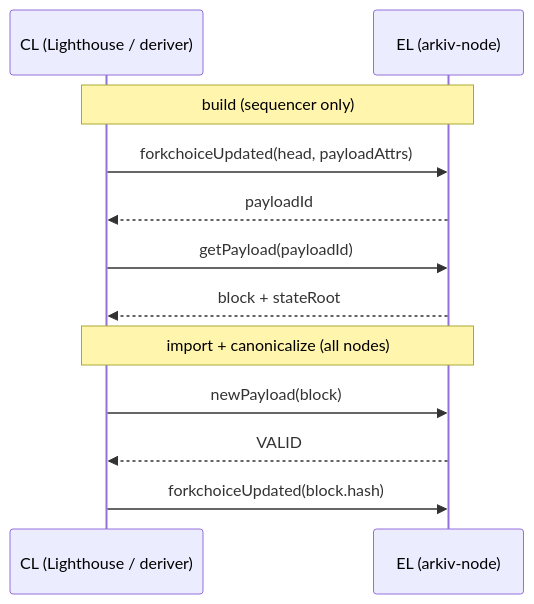
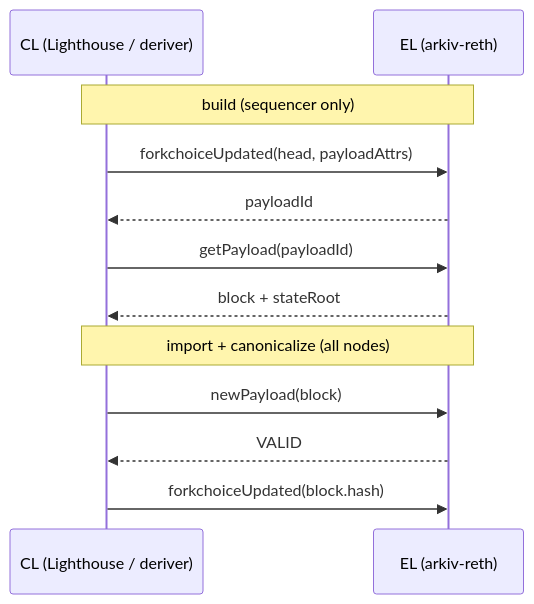
One commit to Arkiv-Network/arkiv changed the second of 7 diagrams in docs/september-action-plan.md. Above: the diagram before and after it, drawn with Mermaid. The commit also changed other lines of this file, not shown here.

Commit message:
docs: rename arkiv-node to arkiv-reth in the September action plan (#54)

````diff
--- a/docs/september-action-plan.md
+++ b/docs/september-action-plan.md
@@ -84,14 +84,14 @@
 ```mermaid
 sequenceDiagram
   participant CL as CL (Lighthouse / deriver)
-  participant EL as EL (arkiv-node)
+  participant EL as EL (arkiv-reth)
   Note over CL,EL: build (sequencer only)
   CL->>EL: forkchoiceUpdated(head, payloadAttrs)
   EL-->>CL: payloadId
   CL->>EL: getPayload(payloadId)
   EL-->>CL: block + stateRoot
   Note over CL,EL: import + canonicalize (all nodes)
   CL->>EL: newPayload(block)
   EL-->>CL: VALID
   CL->>EL: forkchoiceUpdated(block.hash)
 ```
````
